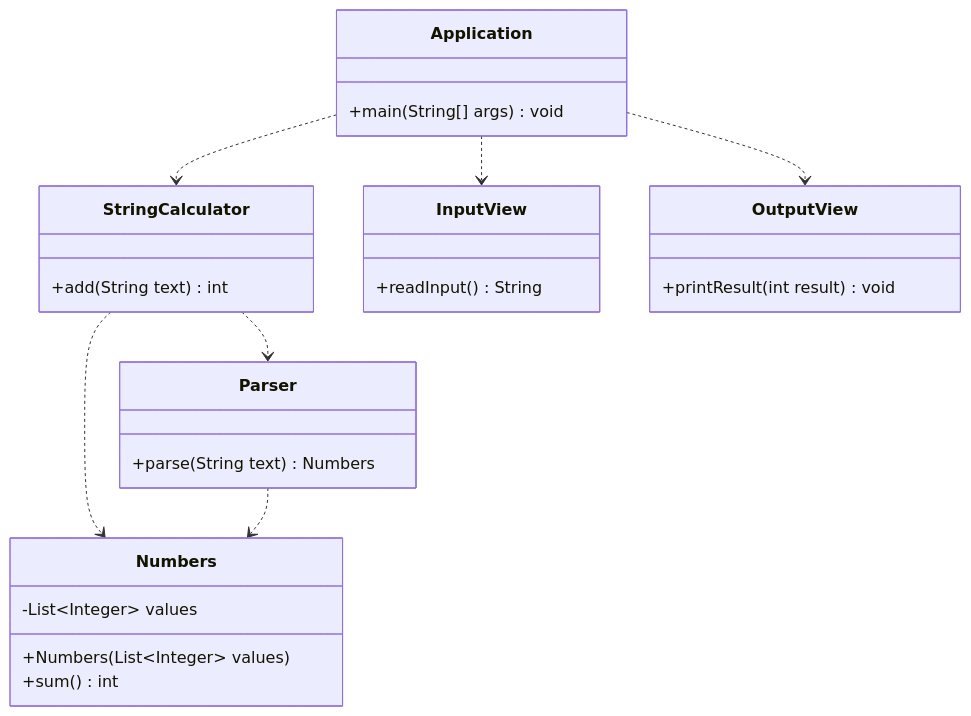
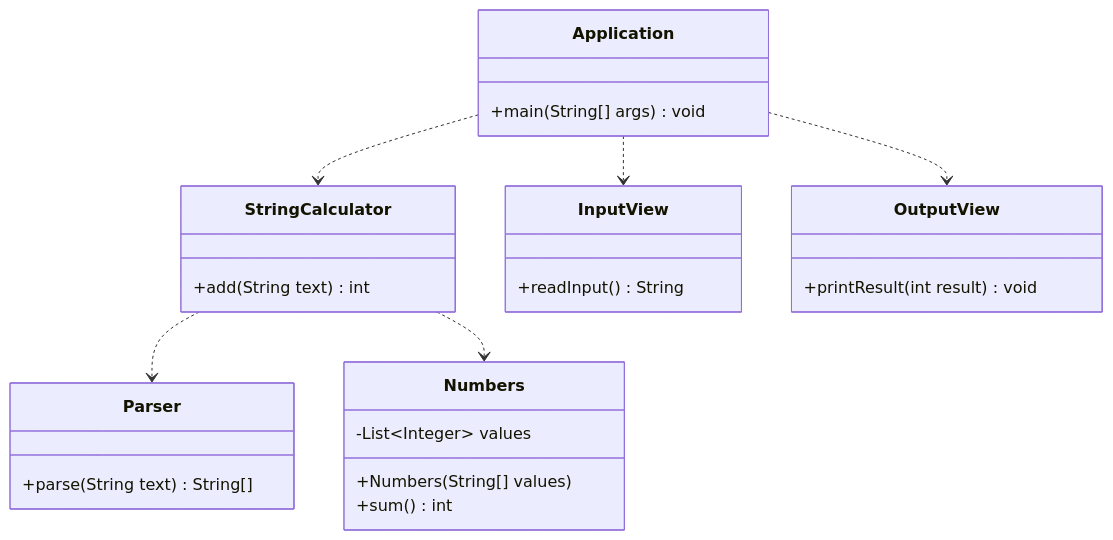
Before and after one commit to NSRBSG/java-calculator-8: the second of 2 diagrams in README.md, drawn with Mermaid. The commit also changed other lines of this file, not shown here.

Commit message:
docs: 격리성을 위한 클래스 다이어그램 개선
Parser 클래스의 테스트 격리성 향상 및 의존도 변경

- Parser.parse 메소드의 반환 타입을 String[]으로 변경
- StringCalculator가 Numbers 객체를 생성하도록 변경
- ParserTest가 Numbers 클래스로부터 독립

````diff
--- a/README.md
+++ b/README.md
@@ -41,30 +42,29 @@
 ```mermaid
 classDiagram
     class Application {
         +main(String[] args) void
     }
     class StringCalculator {
         +add(String text) int
     }
     class Parser {
-        +parse(String text) Numbers
+        +parse(String text) String[]
     }
     class Numbers {
         -List~Integer~ values
-        +Numbers(List~Integer~ values)
+        +Numbers(String[] values)
         +sum() int
     }
     class InputView {
         +readInput() String
     }
     class OutputView {
         +printResult(int result) void
     }
 
     Application ..> InputView
     Application ..> OutputView
     Application ..> StringCalculator
     StringCalculator ..> Parser
     StringCalculator ..> Numbers
-    Parser ..> Numbers
 ```
````
